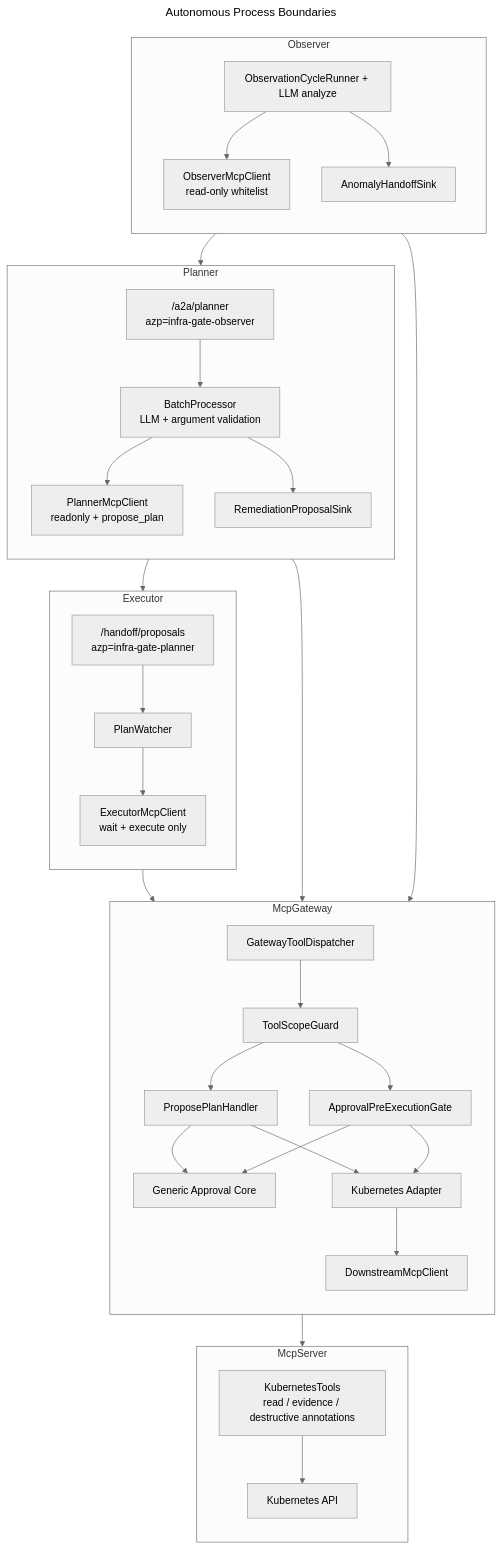
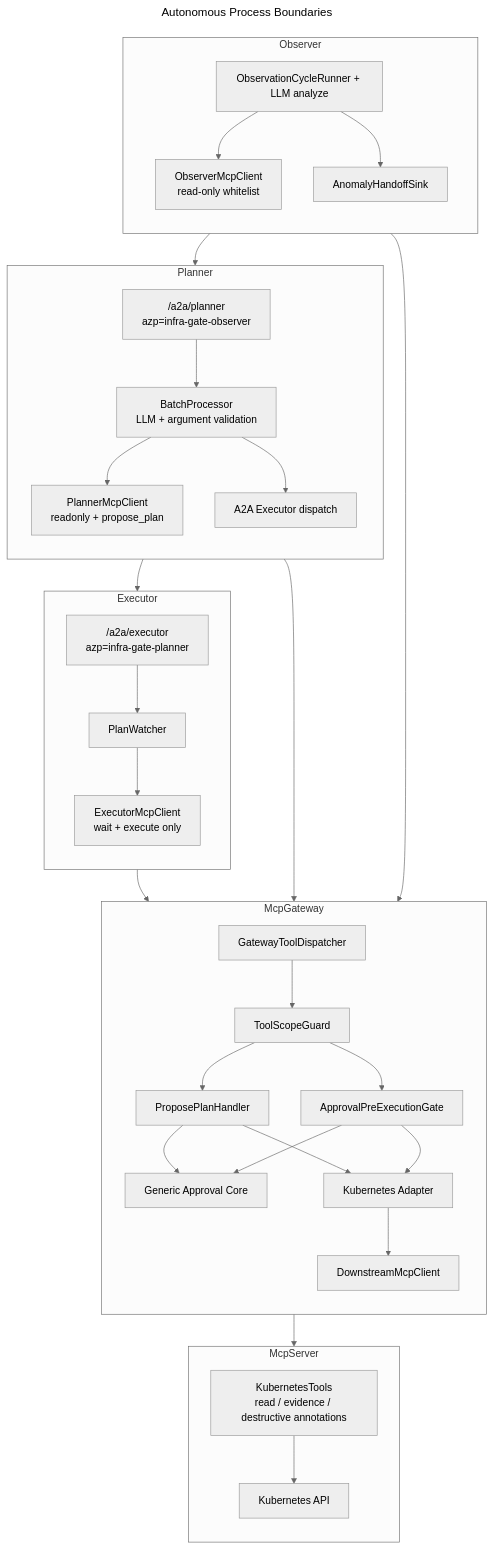
Before and after one commit to mirusser/Kubernetes-MCP-Guard: the diagram in README.md, drawn with Mermaid (neutral theme). The commit also changed other lines of this file and 102 other files, not shown here.

````diff
--- a/README.md
+++ b/README.md
@@ -68,63 +68,63 @@
 ```mermaid
 ---
 title: Autonomous Process Boundaries
 ---
 flowchart TB
     subgraph ObserverProc["Observer"]
         direction TB
         ORunner["ObservationCycleRunner + LLM analyze"]
         OMcp["ObserverMcpClient<br/>read-only whitelist"]
         OHandoff["AnomalyHandoffSink"]
         ORunner --> OMcp
         ORunner --> OHandoff
     end
 
     subgraph PlannerProc["Planner"]
         direction TB
         PIn["/a2a/planner<br/>azp=infra-gate-observer"]
         PBatch["BatchProcessor<br/>LLM + argument validation"]
         PMcp["PlannerMcpClient<br/>readonly + propose_plan"]
-        POut["RemediationProposalSink"]
+        POut["A2A Executor dispatch"]
         PIn --> PBatch --> PMcp
         PBatch --> POut
     end
 
     subgraph ExecutorProc["Executor"]
         direction TB
-        EIn["/handoff/proposals<br/>azp=infra-gate-planner"]
+        EIn["/a2a/executor<br/>azp=infra-gate-planner"]
         Watch["PlanWatcher"]
         EMcp["ExecutorMcpClient<br/>wait + execute only"]
         EIn --> Watch --> EMcp
     end
 
     subgraph GatewayProc["McpGateway"]
         direction TB
         Dispatch["GatewayToolDispatcher"]
         Scope["ToolScopeGuard"]
         ProposeHandler["ProposePlanHandler"]
         Approval["Generic Approval Core"]
         PreGate["ApprovalPreExecutionGate"]
         AdapterBoundary["Kubernetes Adapter"]
         DownstreamClient["DownstreamMcpClient"]
         Dispatch --> Scope
         Scope --> ProposeHandler --> Approval
         Scope --> PreGate --> Approval
         ProposeHandler --> AdapterBoundary
         PreGate --> AdapterBoundary
         AdapterBoundary --> DownstreamClient
     end
 
     subgraph ServerProc["McpServer"]
         direction TB
         Tools["KubernetesTools<br/>read / evidence / destructive annotations"]
         API["Kubernetes API"]
         Tools --> API
     end
 
     OMcp --> Dispatch
     OHandoff --> PIn
     PMcp --> Dispatch
     POut --> EIn
     EMcp --> Dispatch
     DownstreamClient --> Tools
 ```
````
